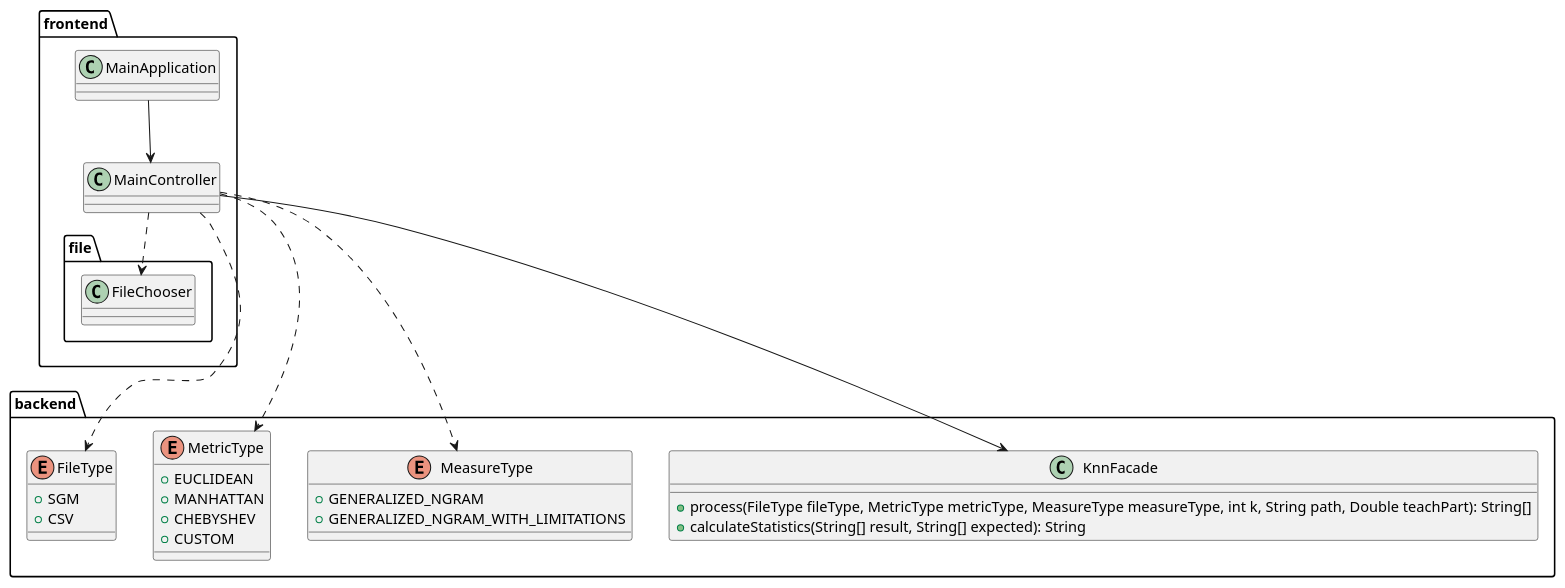
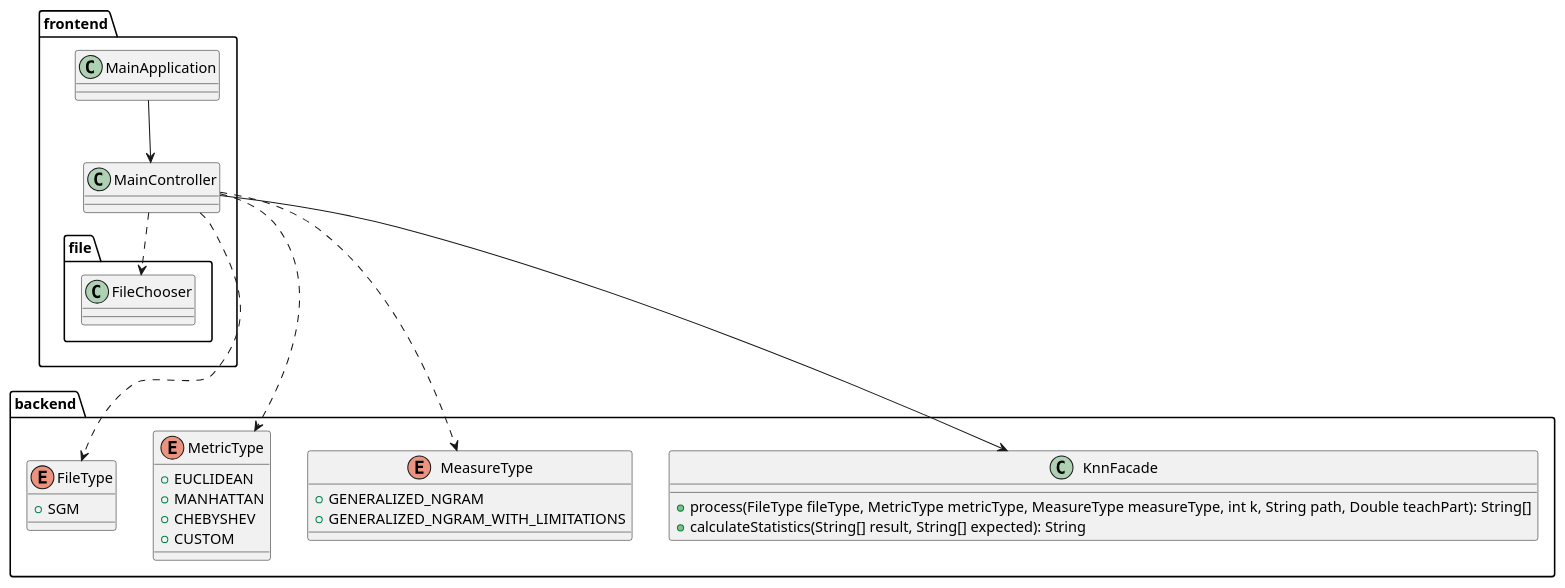
The first of 2 diagrams in README.md (kambed/Computer-Recognition-Systems), drawn with PlantUML before and after one commit. The commit also changed other lines of this file, not shown here.

````diff
--- a/README.md
+++ b/README.md
@@ -3,35 +3,34 @@
 ```plantuml
 package frontend {
     class MainApplication
     class MainController
     package file {
         class FileChooser
     }
     MainController ..> FileChooser
     MainApplication --> MainController
 }
 package backend {
     enum FileType {
         + SGM
-        + CSV
     }
     enum MetricType {
         + EUCLIDEAN
         + MANHATTAN
         + CHEBYSHEV
         + CUSTOM
     }
     enum MeasureType {
         + GENERALIZED_NGRAM
         + GENERALIZED_NGRAM_WITH_LIMITATIONS
     }
     class KnnFacade {
         + process(FileType fileType, MetricType metricType, MeasureType measureType, int k, String path, Double teachPart): String[]
         + calculateStatistics(String[] result, String[] expected): String
     }
 }
 MainController ---> KnnFacade
 MainController ..> FileType
 MainController ..> MetricType
 MainController ..> MeasureType
 ```
````
